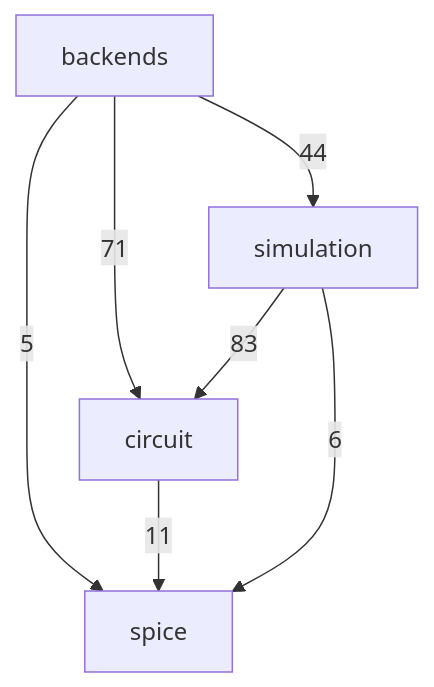
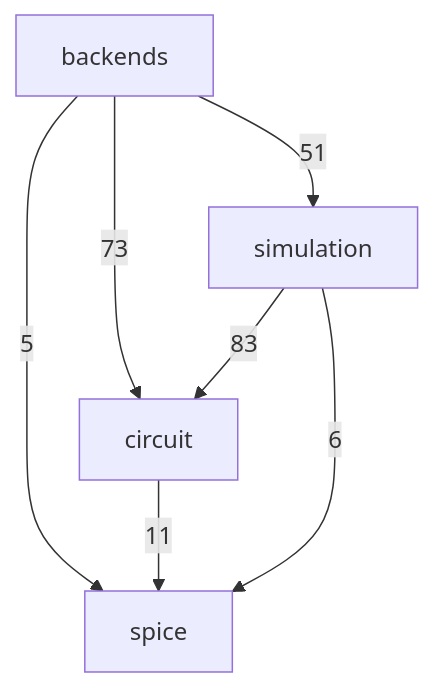
Before and after one commit to ronnymilleo/imcsim: the second of 3 diagrams in docs/architecture.md, drawn with Mermaid. The commit also changed other lines of this file, not shown here.

Commit message:
docs: update architecture include layer diagram

````diff
--- a/docs/architecture.md
+++ b/docs/architecture.md
@@ -33,13 +33,13 @@
 ```mermaid
 flowchart TD
     app_core_spice[spice]
     app_core_circuit[circuit]
     app_core_simulation[simulation]
     app_core_backends[backends]
-    app_core_backends -->|71| app_core_circuit
-    app_core_backends -->|44| app_core_simulation
+    app_core_backends -->|73| app_core_circuit
+    app_core_backends -->|51| app_core_simulation
     app_core_backends -->|5| app_core_spice
     app_core_circuit -->|11| app_core_spice
     app_core_simulation -->|83| app_core_circuit
     app_core_simulation -->|6| app_core_spice
 ```
````
